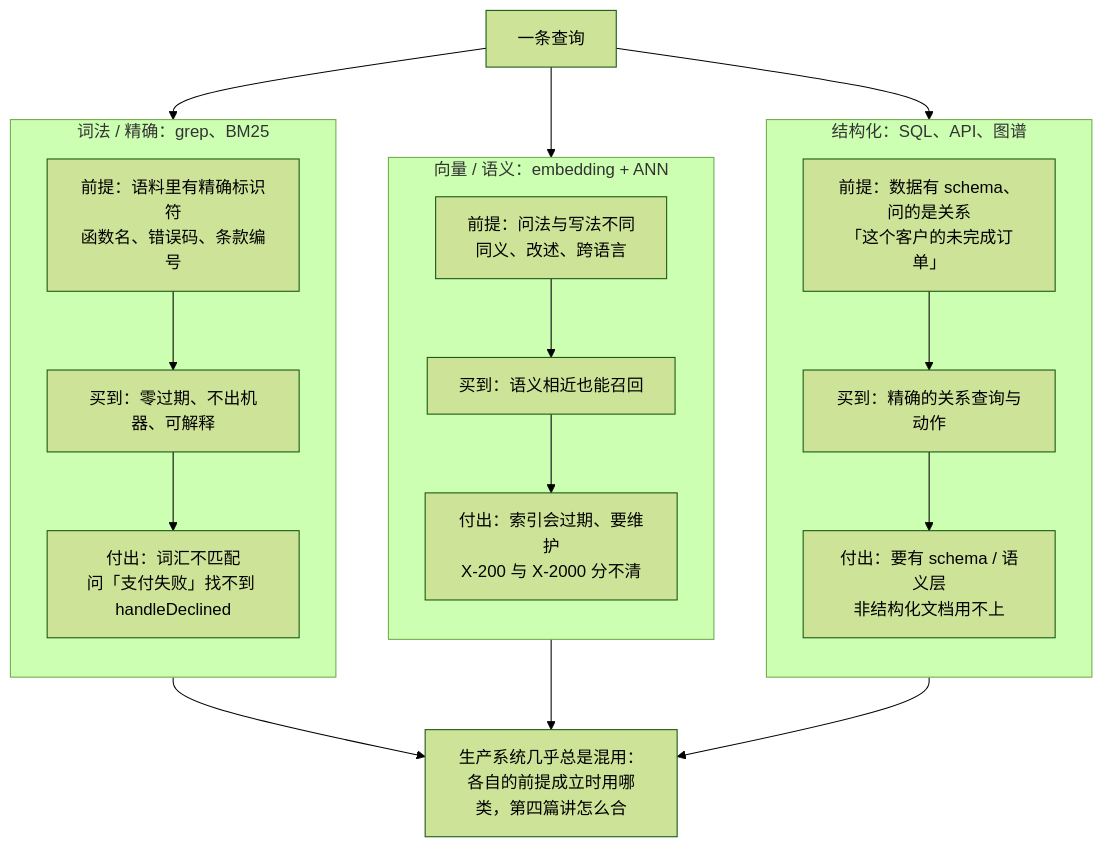
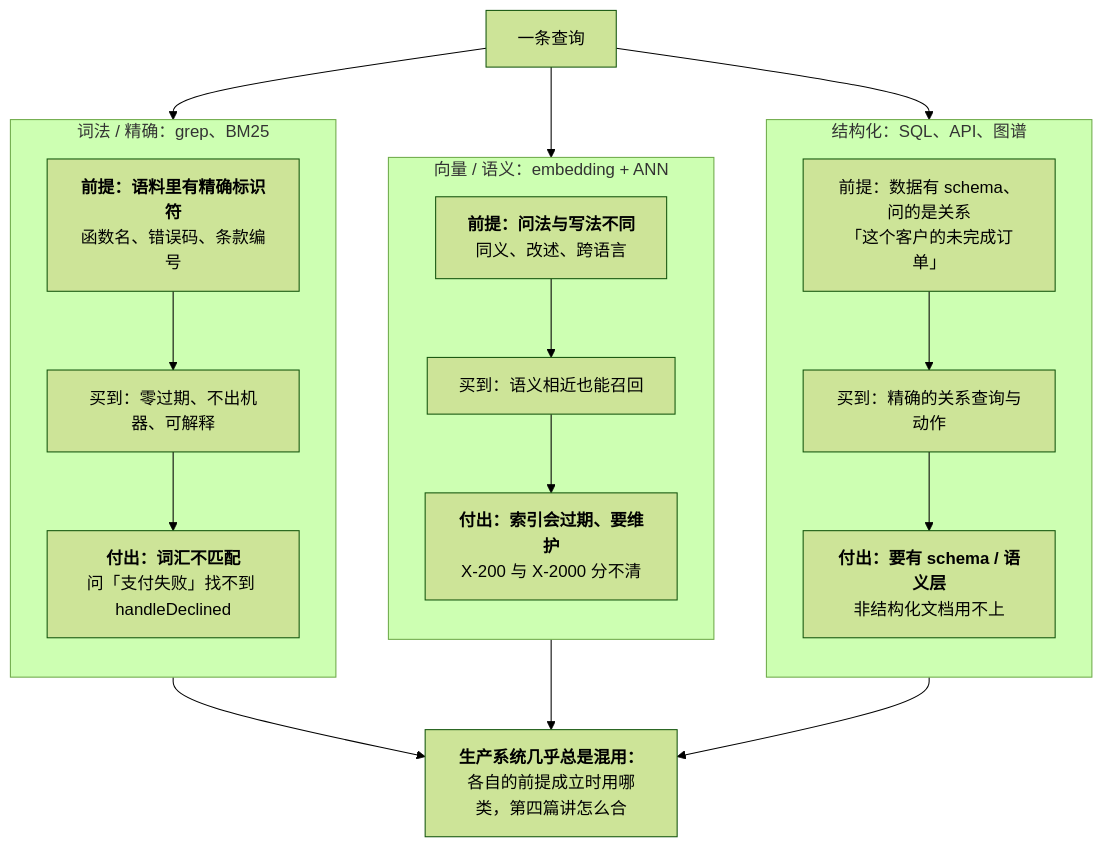
One commit to arganzheng/arganzheng.github.com changed the first of 5 diagrams in _posts/2026-10-14-three-kinds-of-retrieval-lexical-vector-structured.md. Above: the diagram before and after it, drawn with Mermaid (forest theme). The commit also changed other lines of this file and 7 other files, not shown here.

First line of the commit message:
检索与知识接入：私域知识怎么进入模型：Mermaid 多行方框的首行标为标题（8 篇）

````diff
--- a/_posts/2026-10-14-three-kinds-of-retrieval-lexical-vector-structured.md
+++ b/_posts/2026-10-14-three-kinds-of-retrieval-lexical-vector-structured.md
@@ -22,20 +22,20 @@
 ```mermaid
 %%{init: {"flowchart": {"wrappingWidth": 180}}}%%
 %% 图：三类检索各自的前提、买到的与付出的
 flowchart TB
     Q["一条查询"] --> L & V & S
     subgraph L["词法 / 精确：grep、BM25"]
         direction TB
-        L1["前提：语料里有精确标识符<br/>函数名、错误码、条款编号"] --> L2["买到：零过期、不出机器、可解释"] --> L3["付出：词汇不匹配<br/>问「支付失败」找不到 handleDeclined"]
+        L1["<b>前提：语料里有精确标识符</b><br/>函数名、错误码、条款编号"] --> L2["买到：零过期、不出机器、可解释"] --> L3["<b>付出：词汇不匹配</b><br/>问「支付失败」找不到 handleDeclined"]
     end
     subgraph V["向量 / 语义：embedding + ANN"]
         direction TB
-        V1["前提：问法与写法不同<br/>同义、改述、跨语言"] --> V2["买到：语义相近也能召回"] --> V3["付出：索引会过期、要维护<br/>X-200 与 X-2000 分不清"]
+        V1["<b>前提：问法与写法不同</b><br/>同义、改述、跨语言"] --> V2["买到：语义相近也能召回"] --> V3["<b>付出：索引会过期、要维护</b><br/>X-200 与 X-2000 分不清"]
     end
     subgraph S["结构化：SQL、API、图谱"]
         direction TB
-        S1["前提：数据有 schema、问的是关系<br/>「这个客户的未完成订单」"] --> S2["买到：精确的关系查询与动作"] --> S3["付出：要有 schema / 语义层<br/>非结构化文档用不上"]
+        S1["前提：数据有 schema、问的是关系<br/>「这个客户的未完成订单」"] --> S2["买到：精确的关系查询与动作"] --> S3["<b>付出：要有 schema / 语义层</b><br/>非结构化文档用不上"]
     end
-    L & V & S --> H["生产系统几乎总是混用：<br/>各自的前提成立时用哪类，第四篇讲怎么合"]
+    L & V & S --> H["<b>生产系统几乎总是混用：</b><br/>各自的前提成立时用哪类，第四篇讲怎么合"]
 
 ```
````
